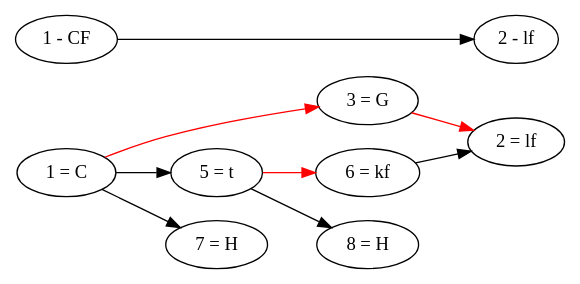
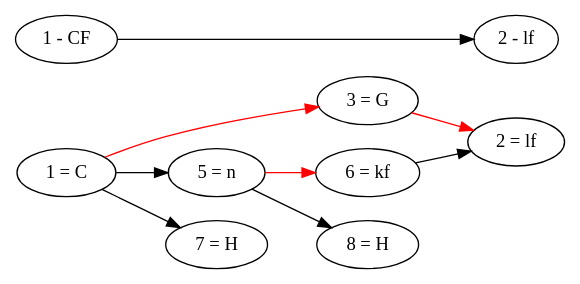
Before and after one commit to nossidge/zelda: the diagram in data/grammar/rules/final_chain_01.dot, drawn with Graphviz. The commit also changed 6 other files, not shown here.

```diff
--- a/data/grammar/rules/final_chain_01.dot
+++ b/data/grammar/rules/final_chain_01.dot
@@ -1,29 +1,29 @@
 digraph final_chain_01 {
 
 
   # Weirdly, if you specify horizontal direction, you
   #   have to put the new nodes before the old nodes.
   rankdir="LR";
 
 
   # New node relations.
   "1 = C"  -> "3 = G"  [color = red]
-  "1 = C"  -> "5 = t"
-  "5 = t"  -> "6 = kf" [color = red]
+  "1 = C"  -> "5 = n"
+  "5 = n"  -> "6 = kf" [color = red]
   "1 = C"  -> "7 = H"
-  "5 = t"  -> "8 = H"
+  "5 = n"  -> "8 = H"
   "3 = G"  -> "2 = lf" [color = red]
   "6 = kf" -> "2 = lf"
 
 
   # Old node relations.
   "1 - CF" -> "2 - lf"
 
 
   # Just a visual thing.
   # Make the nodes with the same ID show in the same position.
   { rank=same; "1 - CF"; "1 = C"; }
   { rank=same; "2 - lf"; "2 = lf"; }
 
 
 }
```
